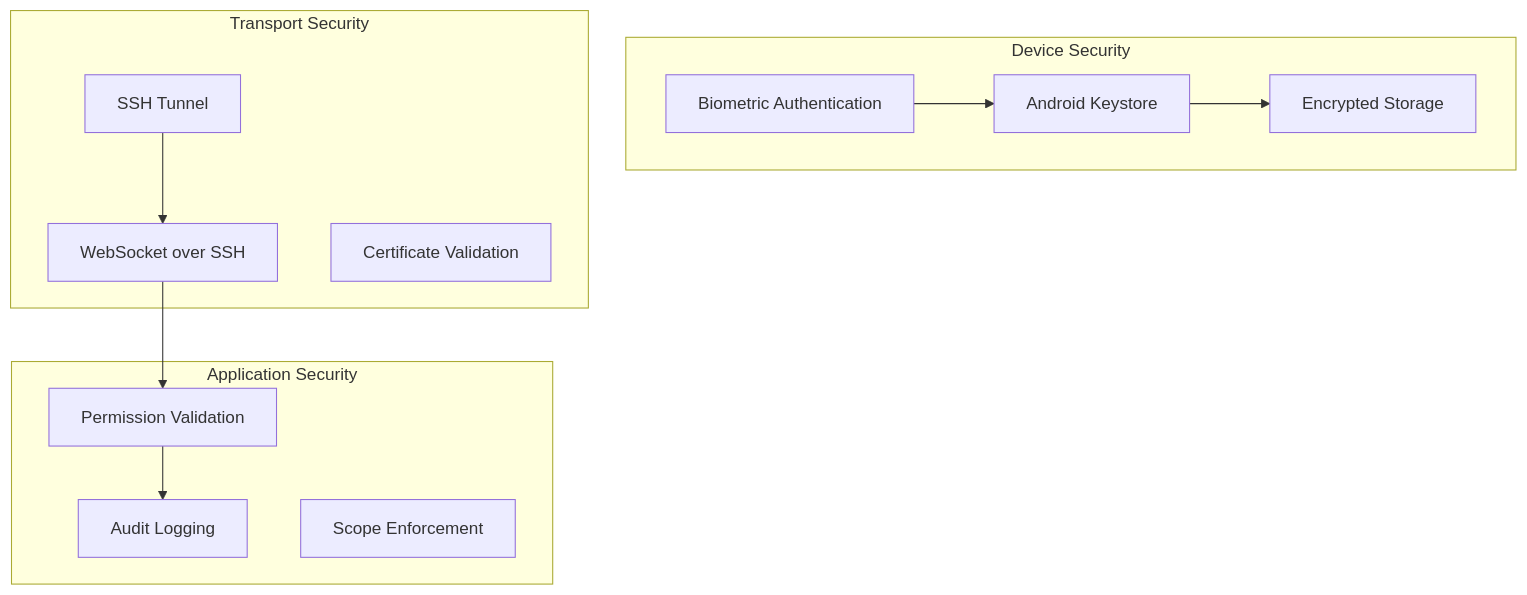
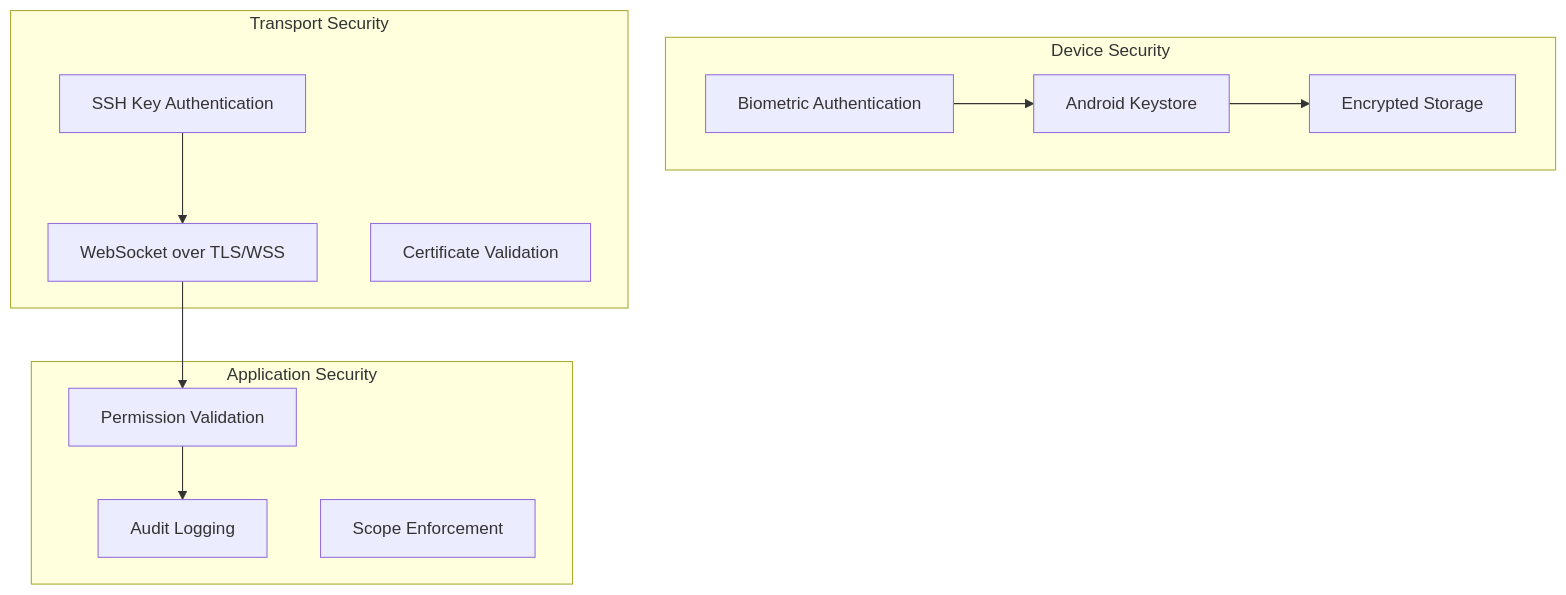
The sixth of 6 diagrams in documentation/frontend.spec.md (bebsworthy/pocket_agent), drawn with Mermaid before and after one commit. The commit also changed other lines of this file and 11 other files, not shown here.

First line of the commit message:
Update documentation for JSON storage and direct WebSocket architecture

````diff
--- a/documentation/frontend.spec.md
+++ b/documentation/frontend.spec.md
@@ -559,26 +588,26 @@
 ```mermaid
 graph TB
     subgraph "Device Security"
         BIO[Biometric Authentication]
         KEY[Android Keystore]
         ENC[Encrypted Storage]
     end
     
     subgraph "Transport Security"
-        SSH[SSH Tunnel]
-        WS[WebSocket over SSH]
+        AUTH[SSH Key Authentication]
+        WS[WebSocket over TLS/WSS]
         CERT[Certificate Validation]
     end
     
     subgraph "Application Security"
         PERM[Permission Validation]
         AUDIT[Audit Logging]
         SCOPE[Scope Enforcement]
     end
     
     BIO --> KEY
     KEY --> ENC
-    SSH --> WS
+    AUTH --> WS
     WS --> PERM
     PERM --> AUDIT
 ```
````
